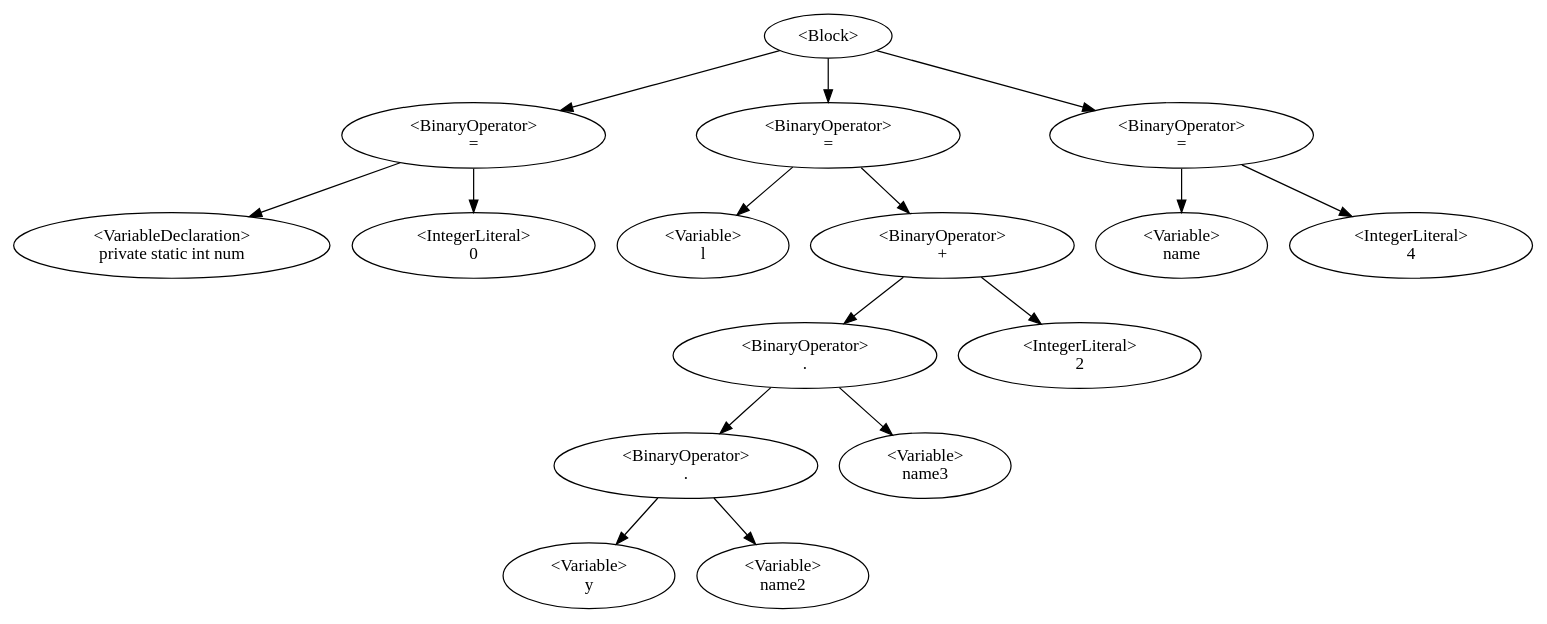
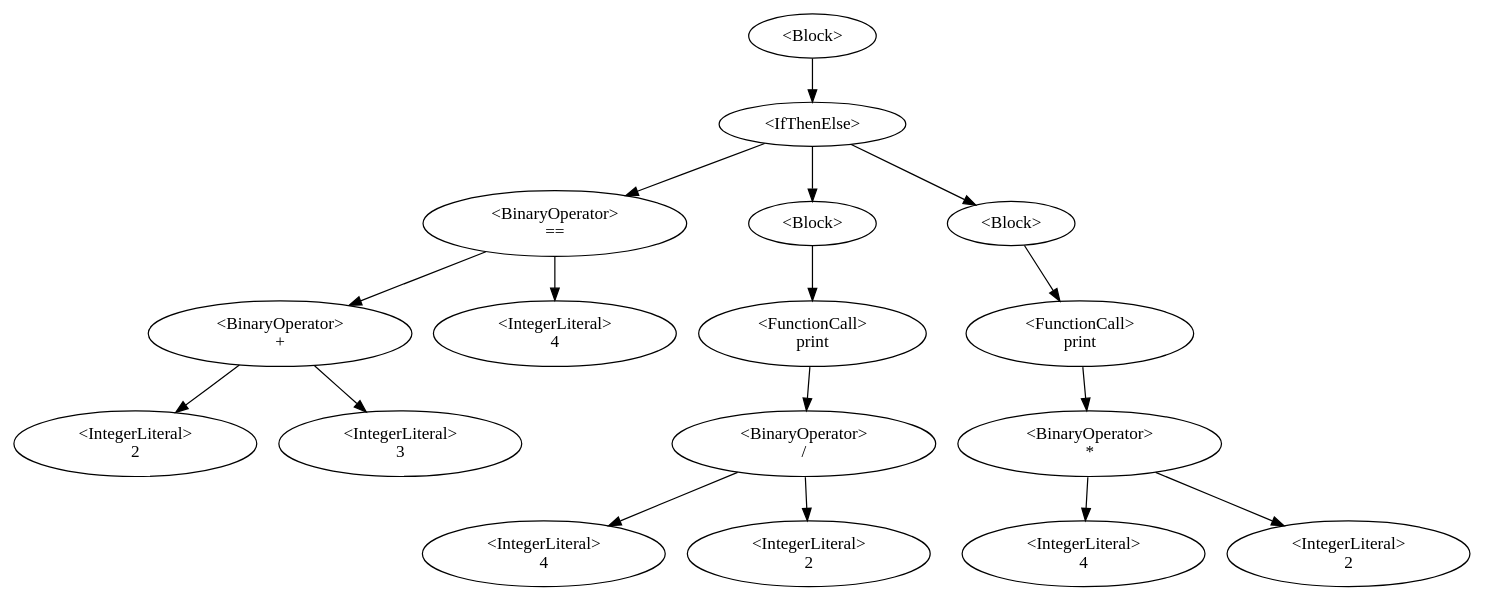
One commit to QazmoQwerty/dino changed the diagram in Dino/Dino/AstDisplay.gv. Above: the diagram before and after it, drawn with Graphviz. The commit also changed 5 other files, not shown here.

```diff
--- a/Dino/Dino/AstDisplay.gv
+++ b/Dino/Dino/AstDisplay.gv
@@ -1,18 +1,19 @@
 digraph G {
-0 [label="<Block>"];0->2;0->5;0->14;
-2 [label="<BinaryOperator>\n="];2->1;2->3;
-1 [label="<VariableDeclaration>\nprivate static int num"];
-3 [label="<IntegerLiteral>\n0"];
-5 [label="<BinaryOperator>\n="];5->4;5->11;
-4 [label="<Variable>\nl"];
-11 [label="<BinaryOperator>\n+"];11->9;11->12;
-9 [label="<BinaryOperator>\n."];9->7;9->10;
-7 [label="<BinaryOperator>\n."];7->6;7->8;
-6 [label="<Variable>\ny"];
-8 [label="<Variable>\nname2"];
-10 [label="<Variable>\nname3"];
+0 [label="<Block>"];0->1;
+1 [label="<IfThenElse>"];1->5;1->7;1->13;
+5 [label="<BinaryOperator>\n=="];5->3;5->6;
+3 [label="<BinaryOperator>\n+"];3->2;3->4;
+2 [label="<IntegerLiteral>\n2"];
+4 [label="<IntegerLiteral>\n3"];
+6 [label="<IntegerLiteral>\n4"];
+7 [label="<Block>"];7->9;
+9 [label="<FunctionCall>\nprint"];9->11;
+11 [label="<BinaryOperator>\n/"];11->10;11->12;
+10 [label="<IntegerLiteral>\n4"];
 12 [label="<IntegerLiteral>\n2"];
-14 [label="<BinaryOperator>\n="];14->13;14->15;
-13 [label="<Variable>\nname"];
-15 [label="<IntegerLiteral>\n4"];
+13 [label="<Block>"];13->15;
+15 [label="<FunctionCall>\nprint"];15->17;
+17 [label="<BinaryOperator>\n*"];17->16;17->18;
+16 [label="<IntegerLiteral>\n4"];
+18 [label="<IntegerLiteral>\n2"];
 }
```
